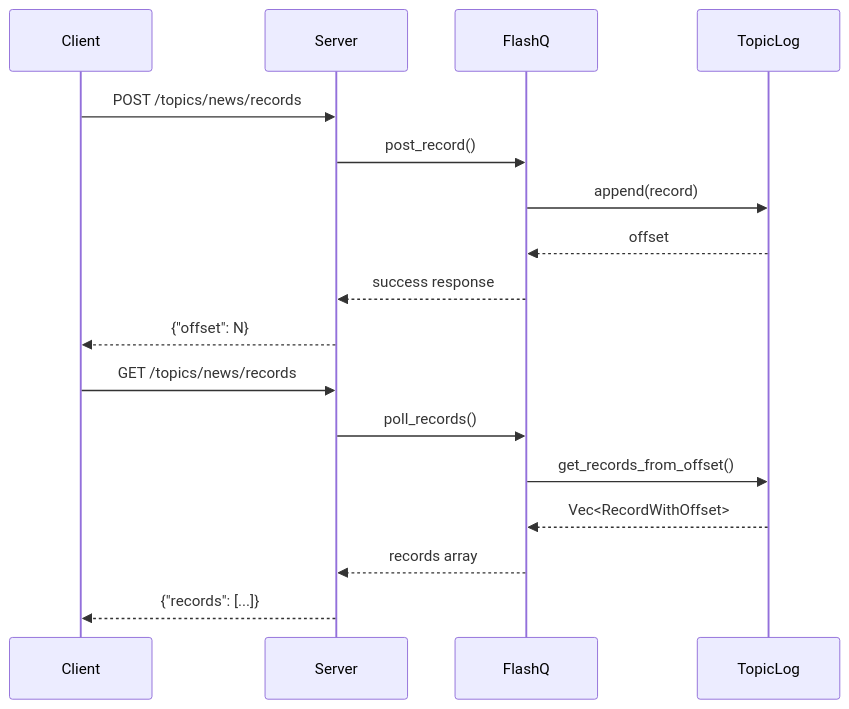
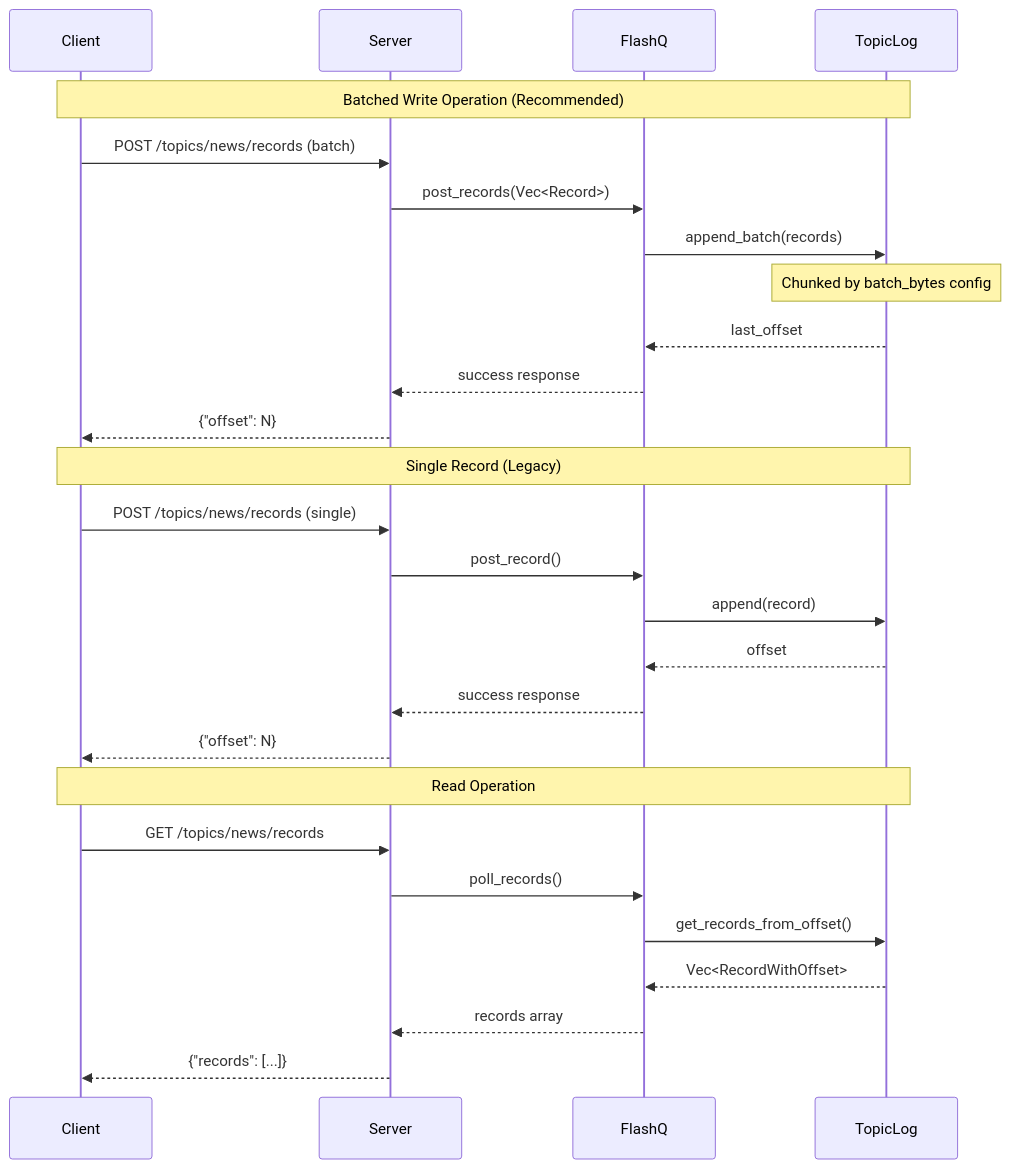
The second of 2 diagrams in docs/architecture.md (harshitmahapatra/flashq), drawn with Mermaid before and after one commit. The commit also changed other lines of this file and 20 other files, not shown here.

````diff
--- a/docs/architecture.md
+++ b/docs/architecture.md
@@ -66,21 +68,32 @@
 ```mermaid
 sequenceDiagram
     participant C as Client
     participant S as Server  
     participant Q as FlashQ
     participant T as TopicLog
     
-    C->>S: POST /topics/news/records
+    Note over C,T: Batched Write Operation (Recommended)
+    C->>S: POST /topics/news/records (batch)
+    S->>Q: post_records(Vec<Record>)
+    Q->>T: append_batch(records)
+    Note over T: Chunked by batch_bytes config
+    T-->>Q: last_offset
+    Q-->>S: success response
+    S-->>C: {"offset": N}
+    
+    Note over C,T: Single Record (Legacy)
+    C->>S: POST /topics/news/records (single)
     S->>Q: post_record()
     Q->>T: append(record)
     T-->>Q: offset
     Q-->>S: success response
     S-->>C: {"offset": N}
     
+    Note over C,T: Read Operation
     C->>S: GET /topics/news/records
     S->>Q: poll_records()  
     Q->>T: get_records_from_offset()
     T-->>Q: Vec<RecordWithOffset>
     Q-->>S: records array
     S-->>C: {"records": [...]}
 ```
````
